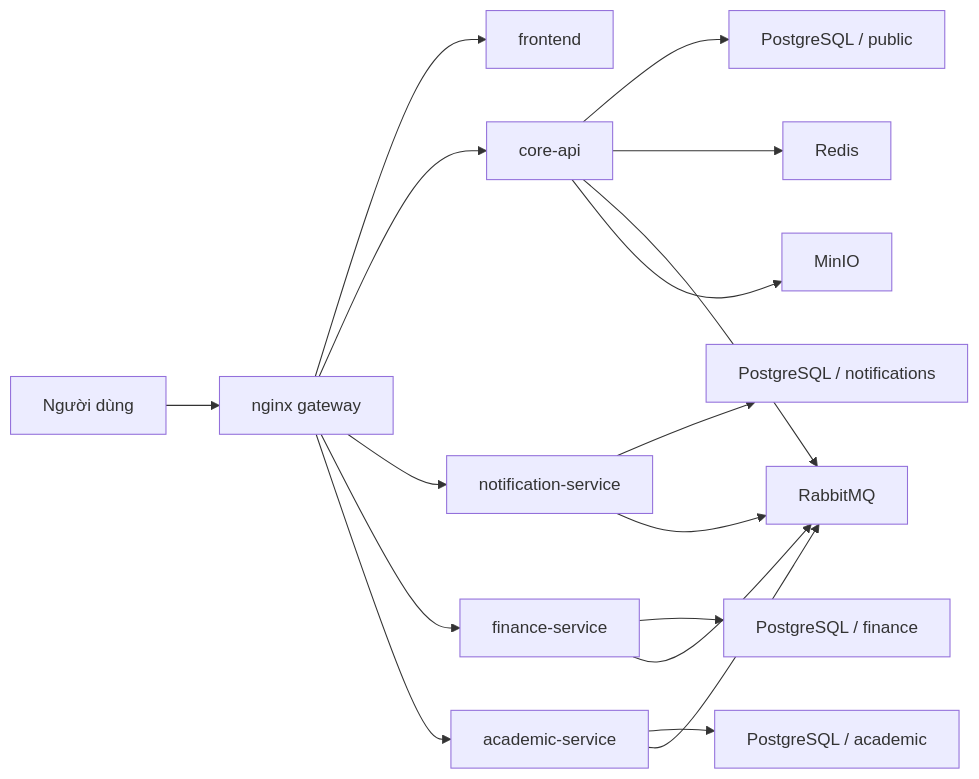
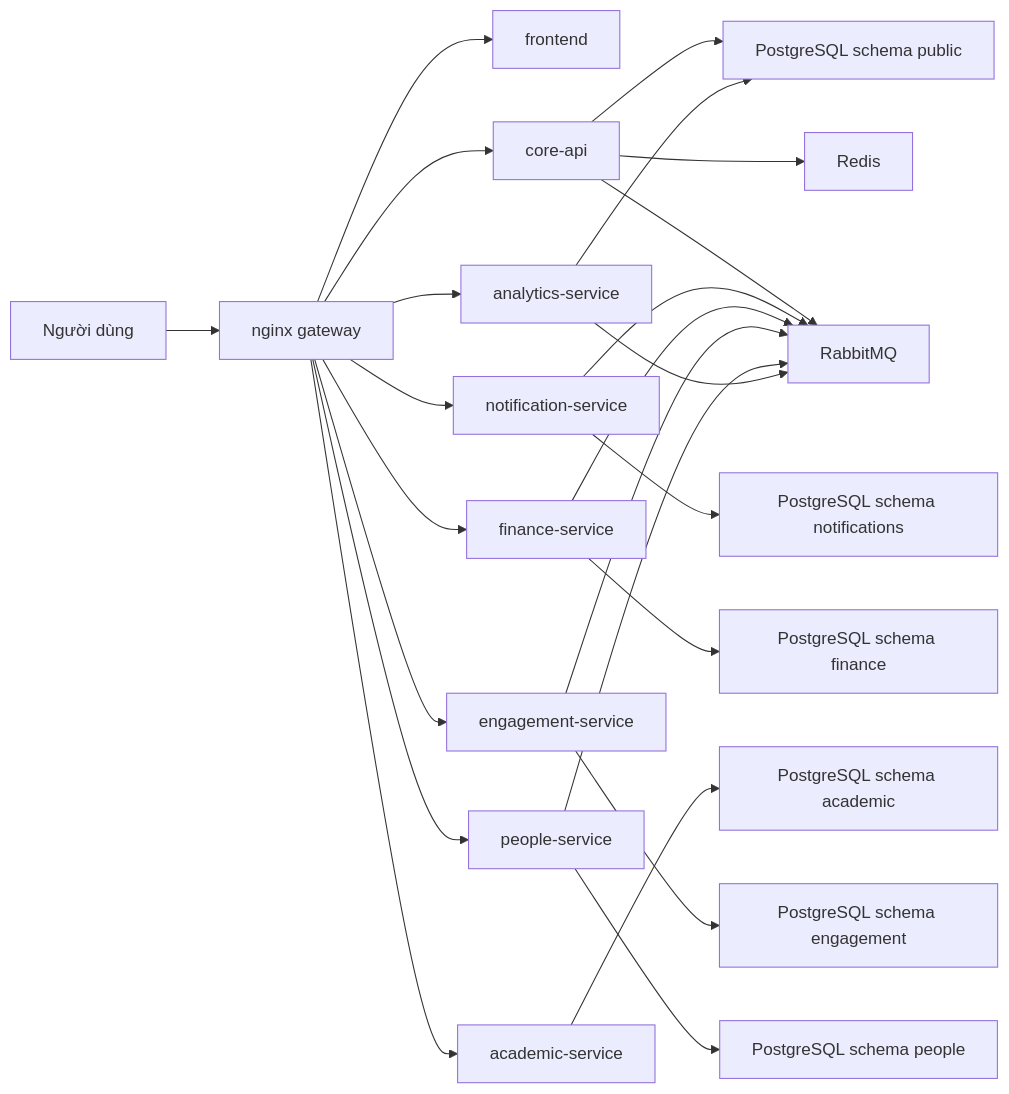
One commit to JasonTM17/CampusCore_FullStack_Individual changed the diagram in README.md. Above: the diagram before and after it, drawn with Mermaid. The commit also changed other lines of this file and 9 other files, not shown here.

````diff
--- a/README.md
+++ b/README.md
@@ -37,21 +43,28 @@
 ```mermaid
 flowchart LR
   U["Người dùng"] --> N["nginx gateway"]
-  N --> F["frontend"]
-  N --> C["core-api"]
-  N --> NS["notification-service"]
-  N --> FS["finance-service"]
-  N --> AS["academic-service"]
+  N --> FE["frontend"]
+  N --> CORE["core-api"]
+  N --> NOTI["notification-service"]
+  N --> FIN["finance-service"]
+  N --> ACAD["academic-service"]
+  N --> ENG["engagement-service"]
+  N --> PEOPLE["people-service"]
+  N --> ANALYTICS["analytics-service"]
 
-  C --> P1["PostgreSQL / public"]
-  NS --> P2["PostgreSQL / notifications"]
-  FS --> P3["PostgreSQL / finance"]
-  AS --> P4["PostgreSQL / academic"]
+  CORE --> P0["PostgreSQL schema public"]
+  NOTI --> P1["PostgreSQL schema notifications"]
+  FIN --> P2["PostgreSQL schema finance"]
+  ACAD --> P3["PostgreSQL schema academic"]
+  ENG --> P4["PostgreSQL schema engagement"]
+  PEOPLE --> P5["PostgreSQL schema people"]
+  ANALYTICS --> P0
 
-  C --> R["Redis"]
-  C --> Q["RabbitMQ"]
-  NS --> Q
-  FS --> Q
-  AS --> Q
-  C --> M["MinIO"]
+  CORE --> R["Redis"]
+  CORE --> MQ["RabbitMQ"]
+  NOTI --> MQ
+  FIN --> MQ
+  ENG --> MQ
+  PEOPLE --> MQ
+  ANALYTICS --> MQ
 ```
````
